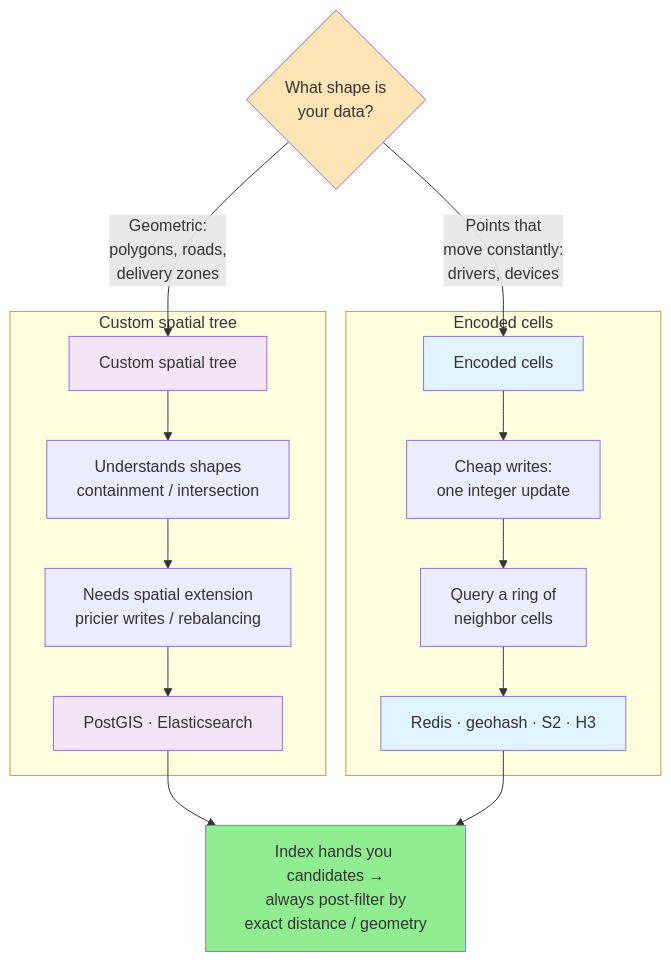
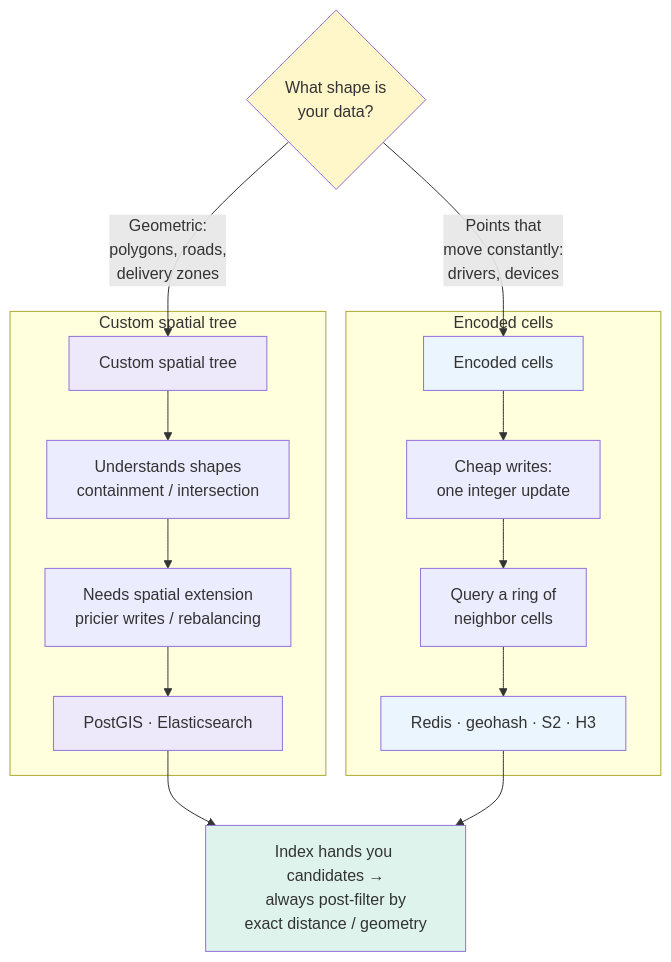
One commit to cartmancodes/InterviewVault changed the third of 3 diagrams in LLD/SystemDesign/DeepDives/ProximitySearch.md. Above: the diagram before and after it, drawn with Mermaid. The commit also changed other lines of this file and 679 other files, not shown here.

Commit message:
Unify content diagrams and add accessible visual walkthroughs

````diff
--- a/LLD/SystemDesign/DeepDives/ProximitySearch.md
+++ b/LLD/SystemDesign/DeepDives/ProximitySearch.md
@@ -163,28 +163,28 @@
 ```mermaid
 graph TB
     D{"What shape is<br/>your data?"}
     D -->|"Geometric:<br/>polygons, roads,<br/>delivery zones"| T["Custom spatial tree"]
     D -->|"Points that<br/>move constantly:<br/>drivers, devices"| E["Encoded cells"]
 
     subgraph "Custom spatial tree"
         T --> T1["Understands shapes<br/>containment / intersection"]
         T1 --> T2["Needs spatial extension<br/>pricier writes / rebalancing"]
         T2 --> T3["PostGIS · Elasticsearch"]
     end
 
     subgraph "Encoded cells"
         E --> E1["Cheap writes:<br/>one integer update"]
         E1 --> E2["Query a ring of<br/>neighbor cells"]
         E2 --> E3["Redis · geohash · S2 · H3"]
     end
 
     T3 --> F["Index hands you candidates →<br/>always post-filter by<br/>exact distance / geometry"]
     E3 --> F
 
-    style D fill:#FFE4B5
-    style T fill:#f3e5f5
-    style E fill:#e1f5ff
-    style T3 fill:#f3e5f5
-    style E3 fill:#e1f5ff
-    style F fill:#90EE90
+    style D fill:#FFF6C9
+    style T fill:#EDE8FA
+    style E fill:#EAF5FD
+    style T3 fill:#EDE8FA
+    style E3 fill:#EAF5FD
+    style F fill:#DDF3EC
 ```
````
